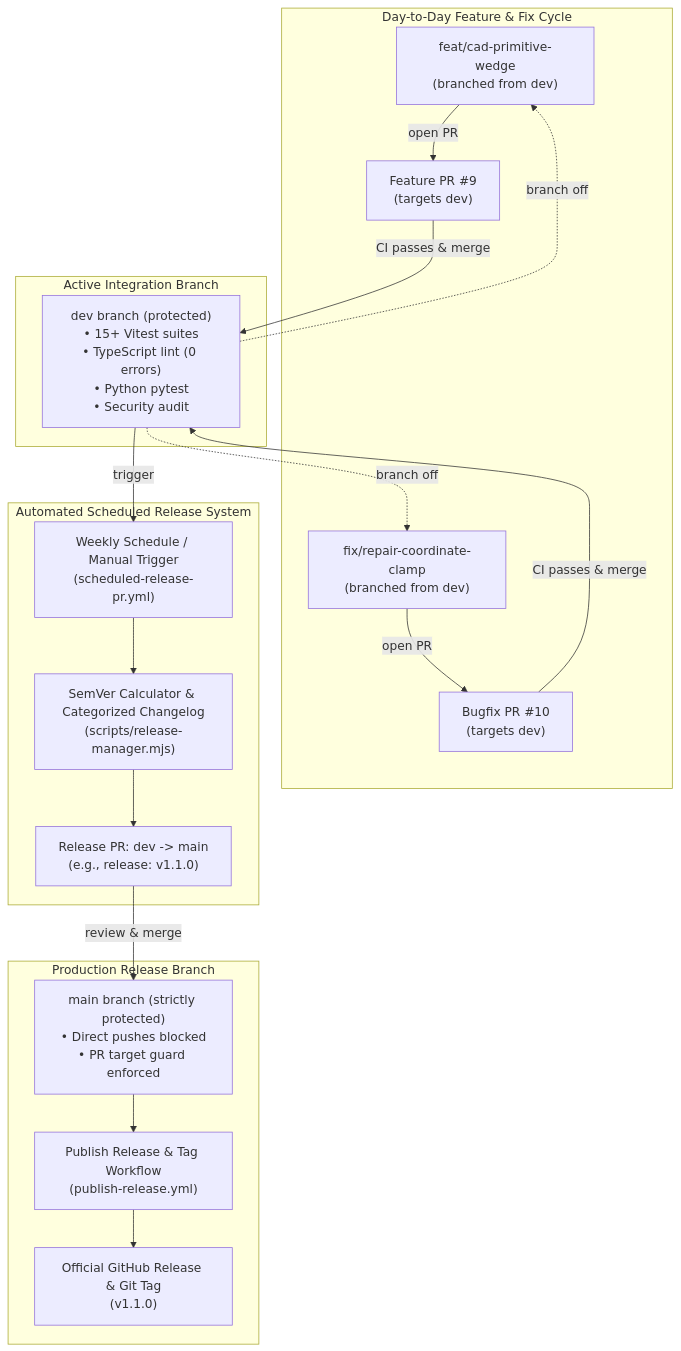
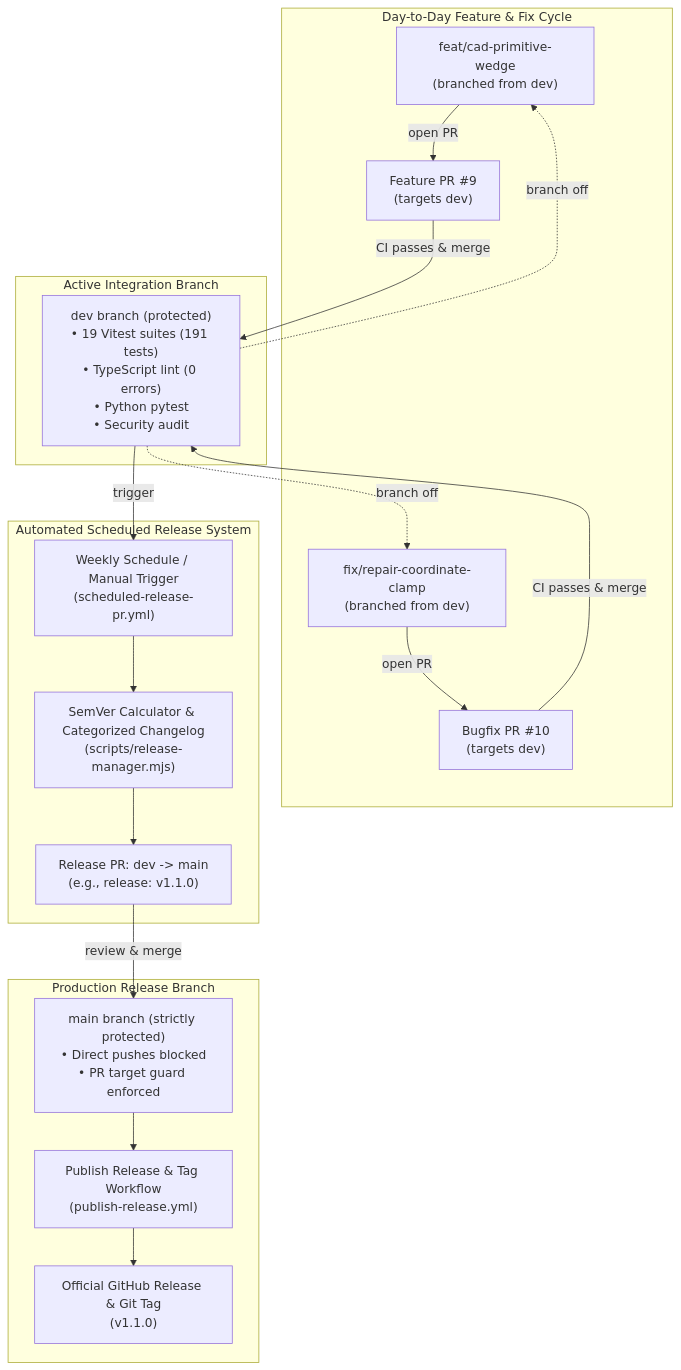
Before and after one commit to jimmyjdejesus-cmyk/agentic-cad-usd-brep: the diagram in docs/BRANCHING_AND_RELEASES.md, drawn with Mermaid. The commit also changed 7 other files, not shown here.

Commit message:
docs(architecture): update README, architecture diagrams, and testing docs to reflect 191 Vitest suites and v1.2.0 baseline

````diff
--- a/docs/BRANCHING_AND_RELEASES.md
+++ b/docs/BRANCHING_AND_RELEASES.md
@@ -15,39 +15,39 @@
 ```mermaid
 flowchart TD
     subgraph Feature_Dev["Day-to-Day Feature & Fix Cycle"]
         F1["feat/cad-primitive-wedge\n(branched from dev)"]
         F2["fix/repair-coordinate-clamp\n(branched from dev)"]
         PR1["Feature PR #9\n(targets dev)"]
         PR2["Bugfix PR #10\n(targets dev)"]
     end
 
     subgraph Integration_Branch["Active Integration Branch"]
-        DEV["dev branch (protected)\n• 15+ Vitest suites\n• TypeScript lint (0 errors)\n• Python pytest\n• Security audit"]
+        DEV["dev branch (protected)\n• 19 Vitest suites (191 tests)\n• TypeScript lint (0 errors)\n• Python pytest\n• Security audit"]
     end
 
     subgraph Scheduled_Automation["Automated Scheduled Release System"]
         CronTrigger["Weekly Schedule / Manual Trigger\n(scheduled-release-pr.yml)"]
         SemVerCalc["SemVer Calculator & Categorized Changelog\n(scripts/release-manager.mjs)"]
         ReleasePR["Release PR: dev -> main\n(e.g., release: v1.1.0)"]
     end
 
     subgraph Production_Branch["Production Release Branch"]
         MAIN["main branch (strictly protected)\n• Direct pushes blocked\n• PR target guard enforced"]
         TagAction["Publish Release & Tag Workflow\n(publish-release.yml)"]
         GHRelease["Official GitHub Release & Git Tag\n(v1.1.0)"]
     end
 
     DEV -.->|branch off| F1
     DEV -.->|branch off| F2
     F1 -->|open PR| PR1
     F2 -->|open PR| PR2
     PR1 -->|CI passes & merge| DEV
     PR2 -->|CI passes & merge| DEV
 
     DEV -->|trigger| CronTrigger
     CronTrigger --> SemVerCalc
     SemVerCalc --> ReleasePR
     ReleasePR -->|review & merge| MAIN
     MAIN --> TagAction
     TagAction --> GHRelease
 ```
````
